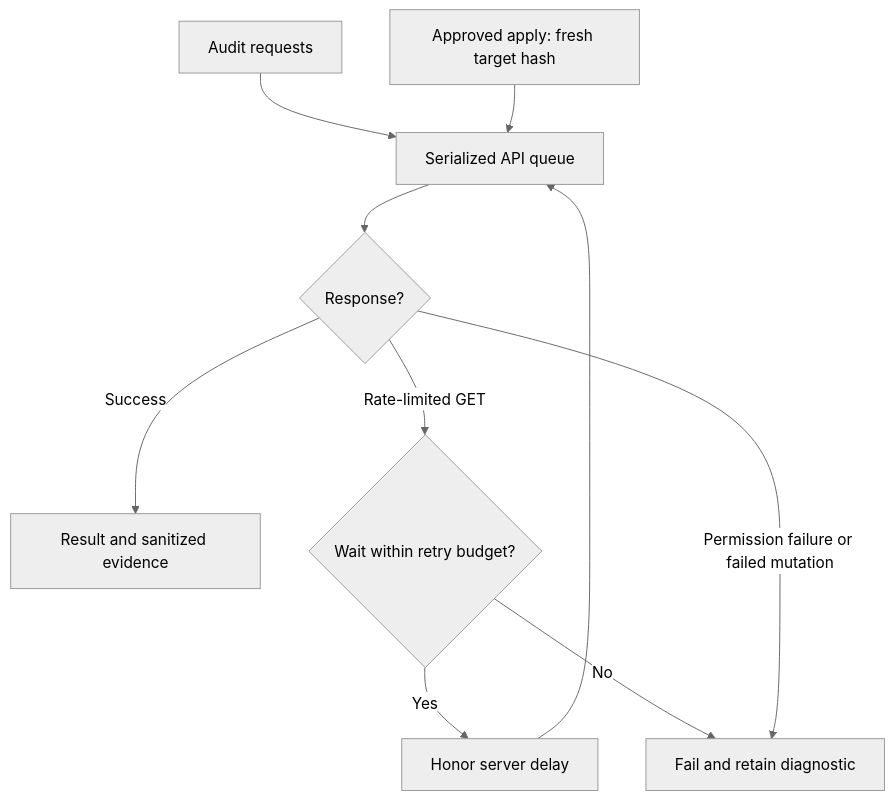
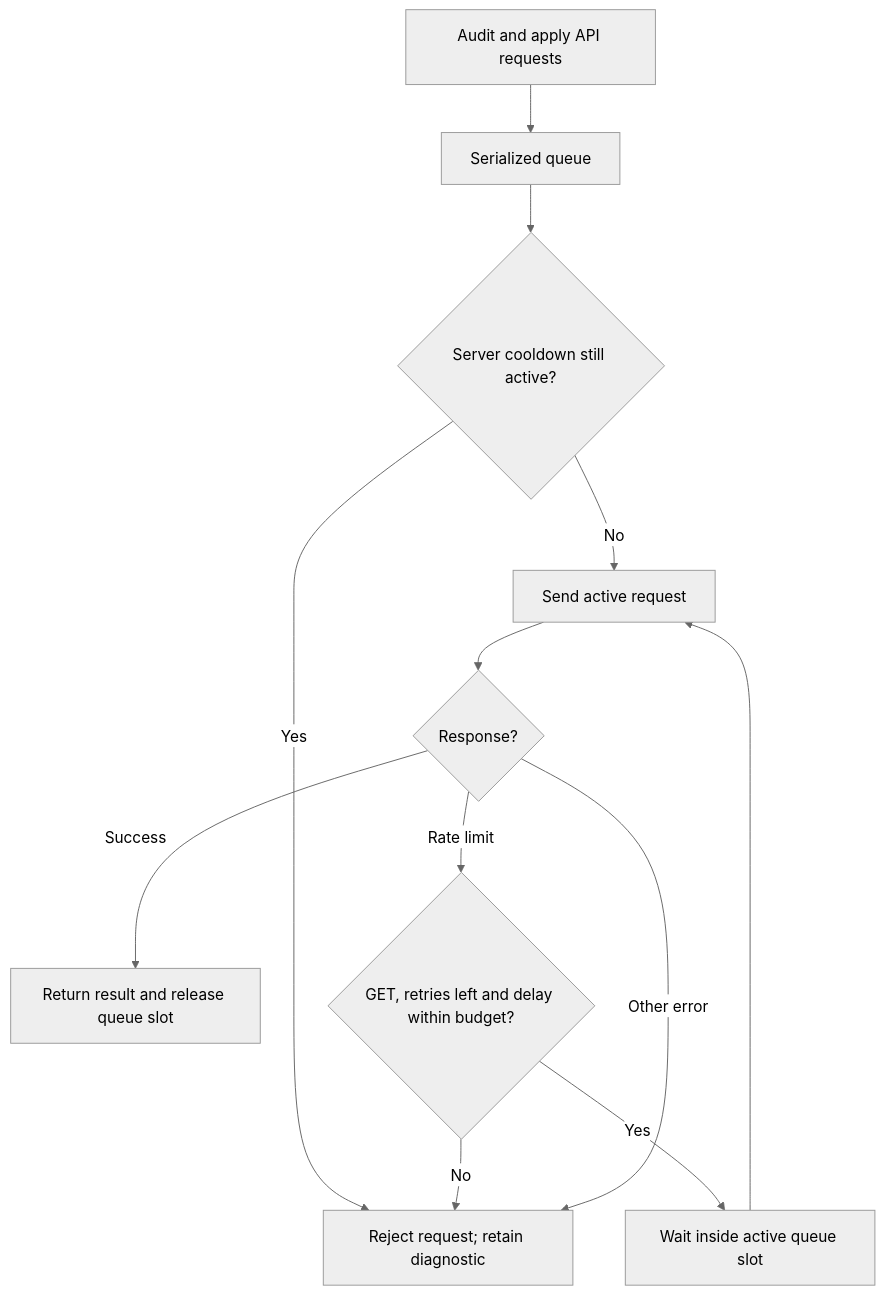
Before and after one commit to Soku-JINSEOK/Soku-Convention-Boilerplate: the second of 2 diagrams in docs/guides/GITHUB_PROJECT_SYNC.md, drawn with Mermaid (neutral theme). The commit also changed other lines of this file and 30 other files, not shown here.

First line of the commit message:
📚 docs(diagrams): align English views with implemented behavior

````diff
--- a/docs/guides/GITHUB_PROJECT_SYNC.md
+++ b/docs/guides/GITHUB_PROJECT_SYNC.md
@@ -177,12 +196,14 @@
 ```mermaid
 flowchart TD
-  audit["Audit requests"] --> queue["Serialized API queue"]
-  apply["Approved apply: fresh target hash"] --> queue
-  queue --> result{"Response?"}
-  result -->|"Success"| evidence["Result and sanitized evidence"]
-  result -->|"Rate-limited GET"| waitNode{"Wait within retry budget?"}
-  waitNode -->|"Yes"| delayNode["Honor server delay"]
-  delayNode --> queue
-  waitNode -->|"No"| stopNode["Fail and retain diagnostic"]
-  result -->|"Permission failure or failed mutation"| stopNode
+  requests["Audit and apply API requests"] --> queue["Serialized queue"]
+  queue --> cooldown{"Server cooldown still active?"}
+  cooldown -->|"Yes"| failNode["Reject request; retain diagnostic"]
+  cooldown -->|"No"| send["Send active request"]
+  send --> response{"Response?"}
+  response -->|"Success"| success["Return result and release queue slot"]
+  response -->|"Rate limit"| retry{"GET, retries left and delay within budget?"}
+  retry -->|"Yes"| waitNode["Wait inside active queue slot"]
+  waitNode --> send
+  retry -->|"No"| failNode
+  response -->|"Other error"| failNode
 ```
````
